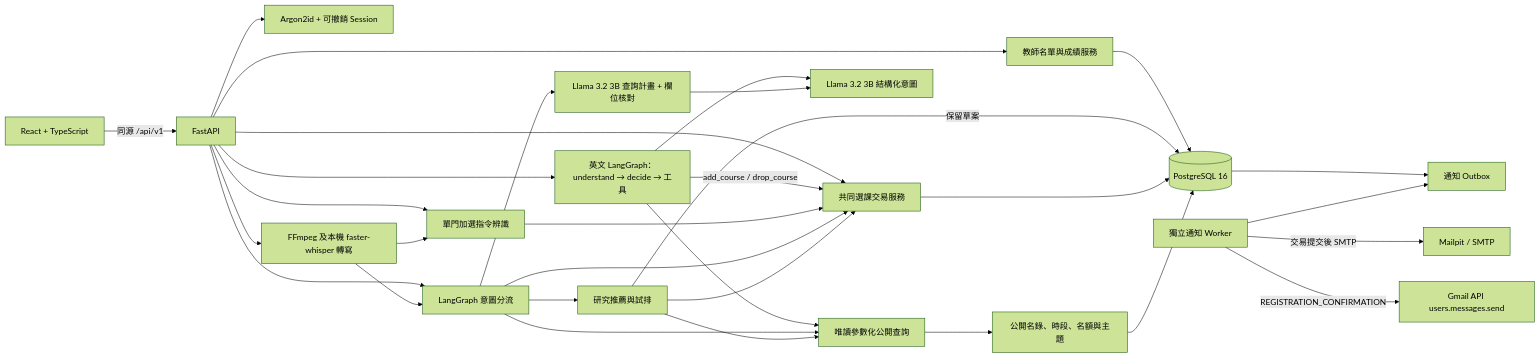
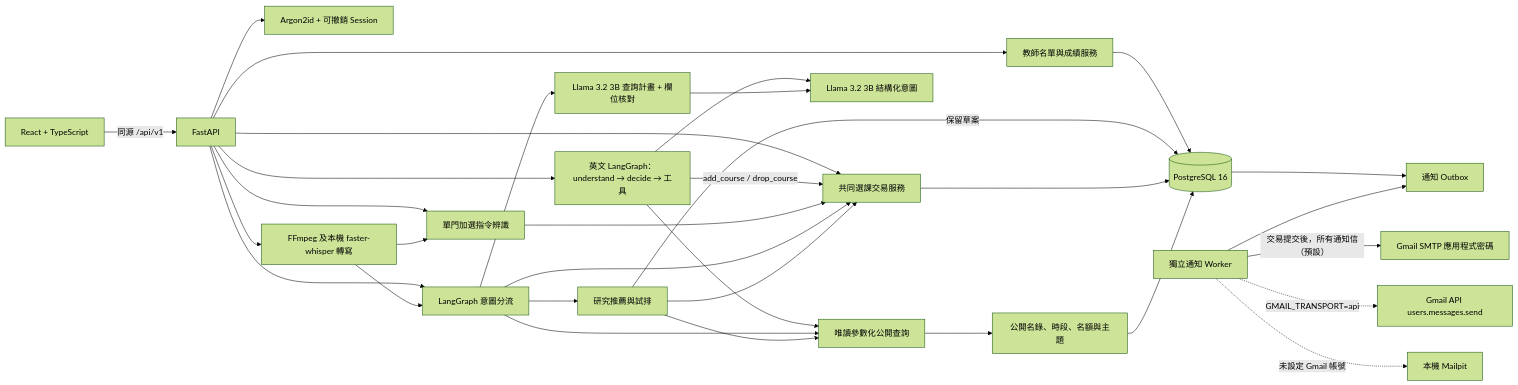
Before and after one commit to programmerKB/CourseFlow: the first of 2 diagrams in docs/architecture.md, drawn with Mermaid (forest theme). The commit also changed other lines of this file and 27 other files, not shown here.

````diff
--- a/docs/architecture.md
+++ b/docs/architecture.md
@@ -3,33 +3,34 @@
 ```mermaid
 flowchart LR
     React[React + TypeScript] -->|同源 /api/v1| API[FastAPI]
     API --> Auth[Argon2id + 可撤銷 Session]
     API --> Rules[共同選課交易服務]
     API --> Graph[LangGraph 意圖分流]
     API --> Voice[FFmpeg 及本機 faster-whisper 轉寫]
     API --> Command[單門加選指令辨識]
     API --> English[英文 LangGraph：understand → decide → 工具]
     English --> Llama[Llama 3.2 3B 結構化意圖]
     English -->|add_course / drop_course| Rules
     English --> Public
     API --> Teaching[教師名單與成績服務]
     Teaching --> PG
     Voice --> Command
     Voice --> Graph
     Command --> Rules
     Graph --> Plan[Llama 3.2 3B 查詢計畫 + 欄位核對]
     Plan --> Llama
     Graph --> Public[唯讀參數化公開查詢]
     Graph --> Preview[研究推薦與試排]
     Graph --> Rules
     Preview --> Public
     Preview --> Rules
     Preview -->|保留草案| PG
     Rules --> PG[(PostgreSQL 16)]
     Public --> Views[公開名錄、時段、名額與主題]
     Views --> PG
     PG --> Outbox[通知 Outbox]
     Worker[獨立通知 Worker] --> Outbox
-    Worker -->|交易提交後 SMTP| Mailpit[Mailpit / SMTP]
-    Worker -->|REGISTRATION_CONFIRMATION| Gmail[Gmail API users.messages.send]
+    Worker -->|交易提交後，所有通知信（預設）| GmailSMTP[Gmail SMTP 應用程式密碼]
+    Worker -.->|GMAIL_TRANSPORT=api| Gmail[Gmail API users.messages.send]
+    Worker -.->|未設定 Gmail 帳號| Mailpit[本機 Mailpit]
 ```
````
